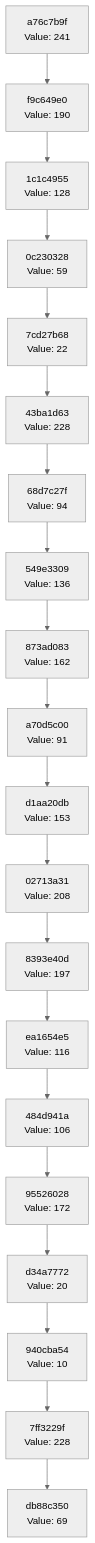
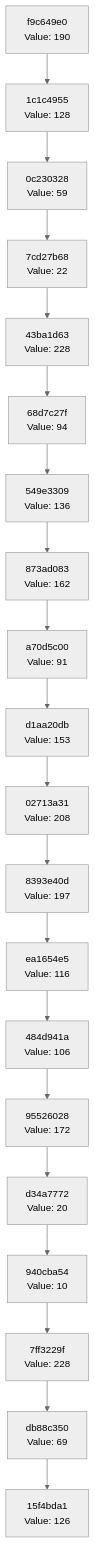
Before and after one commit to Abhisheksinha1506/hash-chain-evolver: the diagram in docs/CHAIN_VISUALIZATION.md, drawn with Mermaid (neutral theme). The commit also changed 3 other files, not shown here.

````diff
--- a/docs/CHAIN_VISUALIZATION.md
+++ b/docs/CHAIN_VISUALIZATION.md
@@ -3,42 +3,42 @@
 ```mermaid
 graph TD
-    C0["db88c350<br/>Value: 69"]
-    C1["7ff3229f<br/>Value: 228"]
+    C0["15f4bda1<br/>Value: 126"]
+    C1["db88c350<br/>Value: 69"]
     C1 --> C0
-    C2["940cba54<br/>Value: 10"]
+    C2["7ff3229f<br/>Value: 228"]
     C2 --> C1
-    C3["d34a7772<br/>Value: 20"]
+    C3["940cba54<br/>Value: 10"]
     C3 --> C2
-    C4["95526028<br/>Value: 172"]
+    C4["d34a7772<br/>Value: 20"]
     C4 --> C3
-    C5["484d941a<br/>Value: 106"]
+    C5["95526028<br/>Value: 172"]
     C5 --> C4
-    C6["ea1654e5<br/>Value: 116"]
+    C6["484d941a<br/>Value: 106"]
     C6 --> C5
-    C7["8393e40d<br/>Value: 197"]
+    C7["ea1654e5<br/>Value: 116"]
     C7 --> C6
-    C8["02713a31<br/>Value: 208"]
+    C8["8393e40d<br/>Value: 197"]
     C8 --> C7
-    C9["d1aa20db<br/>Value: 153"]
+    C9["02713a31<br/>Value: 208"]
     C9 --> C8
-    C10["a70d5c00<br/>Value: 91"]
+    C10["d1aa20db<br/>Value: 153"]
     C10 --> C9
-    C11["873ad083<br/>Value: 162"]
+    C11["a70d5c00<br/>Value: 91"]
     C11 --> C10
-    C12["549e3309<br/>Value: 136"]
+    C12["873ad083<br/>Value: 162"]
     C12 --> C11
-    C13["68d7c27f<br/>Value: 94"]
+    C13["549e3309<br/>Value: 136"]
     C13 --> C12
-    C14["43ba1d63<br/>Value: 228"]
+    C14["68d7c27f<br/>Value: 94"]
     C14 --> C13
-    C15["7cd27b68<br/>Value: 22"]
+    C15["43ba1d63<br/>Value: 228"]
     C15 --> C14
-    C16["0c230328<br/>Value: 59"]
+    C16["7cd27b68<br/>Value: 22"]
     C16 --> C15
-    C17["1c1c4955<br/>Value: 128"]
+    C17["0c230328<br/>Value: 59"]
     C17 --> C16
-    C18["f9c649e0<br/>Value: 190"]
+    C18["1c1c4955<br/>Value: 128"]
     C18 --> C17
-    C19["a76c7b9f<br/>Value: 241"]
+    C19["f9c649e0<br/>Value: 190"]
     C19 --> C18
 ```
````
